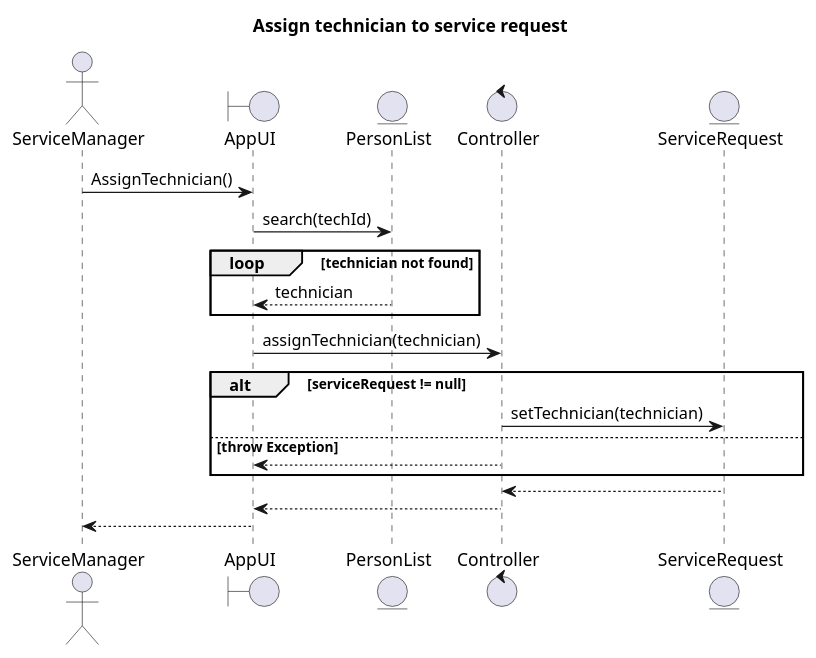
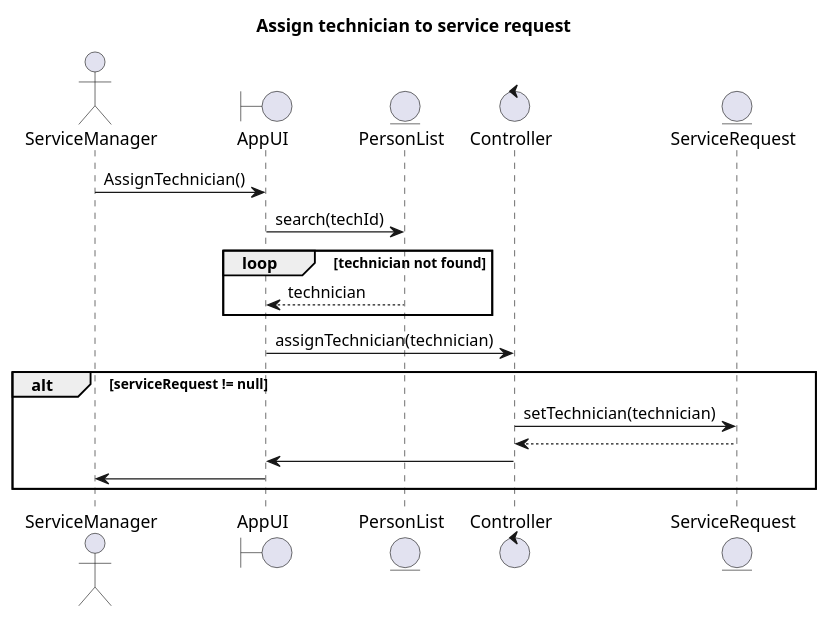
Before and after one commit to WLun001/service-request-app: the diagram in UML/SequenceDiagram/AssignTechnician.puml, drawn with PlantUML. The commit also changed 3 other files, not shown here.

Commit message:
edited sequence diagram

```diff
--- a/UML/SequenceDiagram/AssignTechnician.puml
+++ b/UML/SequenceDiagram/AssignTechnician.puml
@@ -1,28 +1,28 @@
 @startuml
 title Assign technician to service request
 Actor ServiceManager
 Boundary AppUI
 Entity PersonList
 Control Controller
 Entity ServiceRequest
 
 ServiceManager -> AppUI: AssignTechnician()
 AppUI -> PersonList : search(techId)
 loop technician not found
     PersonList --> AppUI : technician
 end
 AppUI -> Controller : assignTechnician(technician)
 alt serviceRequest != null
     Controller -> ServiceRequest : setTechnician(technician)
-else throw Exception
-    Controller --> AppUI
+    ServiceRequest --> Controller
+    Controller -> AppUI
+    AppUI -> ServiceManager
+
 end
-ServiceRequest --> Controller
-Controller --> AppUI
-AppUI --> ServiceManager
+
 
 
 
 
 
 @enduml
```
